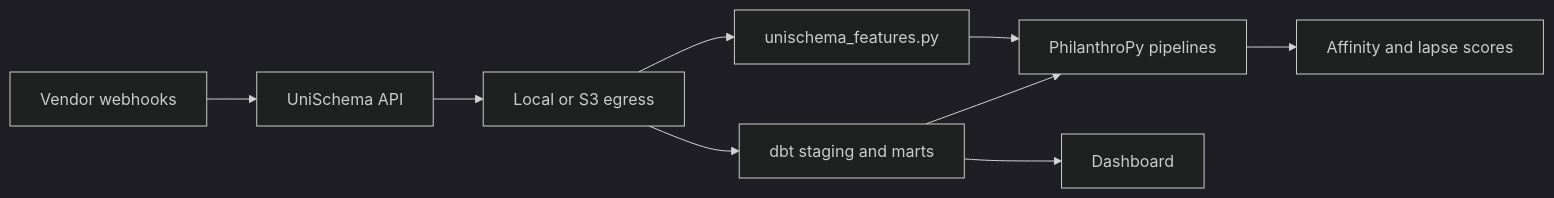
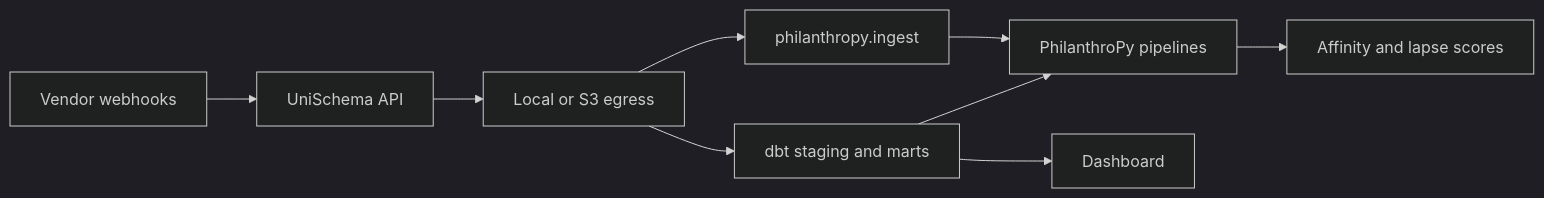
One commit to PhilanthroPy-Project/UniSchema changed the diagram in docs/downstream-pipeline.md. Above: the diagram before and after it, drawn with Mermaid (dark theme). The commit also changed other lines of this file and 13 other files, not shown here.

First line of the commit message:
refactor(downstream): source features from philanthropy.ingest package

````diff
--- a/docs/downstream-pipeline.md
+++ b/docs/downstream-pipeline.md
@@ -7,11 +7,11 @@
 ```mermaid
 flowchart LR
   Vendors[Vendor webhooks] --> UniSchema[UniSchema API]
   UniSchema --> Egress[Local or S3 egress]
-  Egress --> Features[unischema_features.py]
+  Egress --> Features[philanthropy.ingest]
   Egress --> dbt[dbt staging and marts]
   Features --> PhilanthroPy[PhilanthroPy pipelines]
   dbt --> PhilanthroPy
   PhilanthroPy --> ML[Affinity and lapse scores]
   dbt --> BI[Dashboard]
 ```
````
